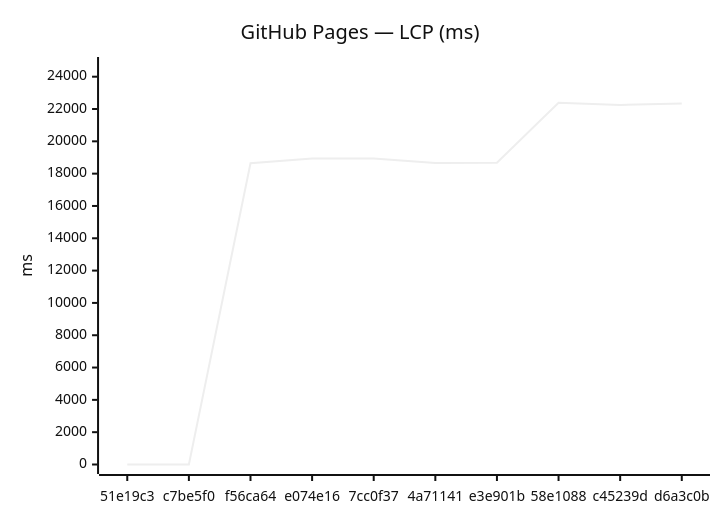
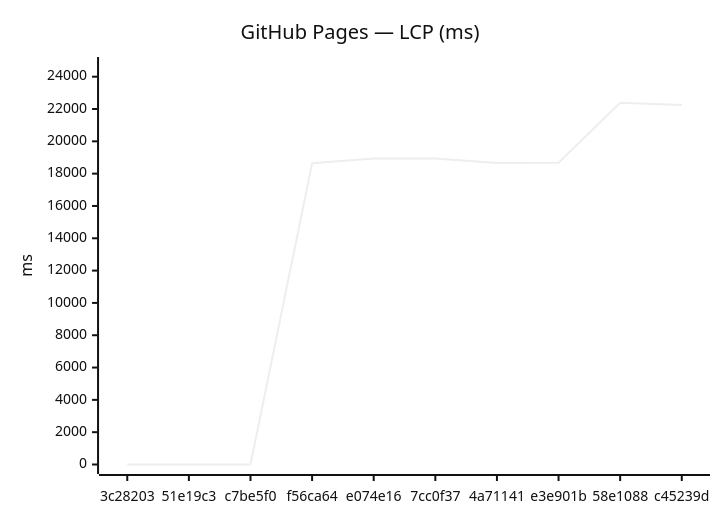
The third of 18 diagrams in benchmarks/compare.md (Metaheurist/Rianell), drawn with Mermaid (neutral theme) before and after one commit. The commit also changed other lines of this file and 11 other files, not shown here.

````diff
--- a/benchmarks/compare.md
+++ b/benchmarks/compare.md
@@ -54,7 +54,7 @@
 ```mermaid
 xychart-beta
     title "GitHub Pages — LCP (ms)"
-    x-axis ["51e19c3", "c7be5f0", "f56ca64", "e074e16", "7cc0f37", "4a71141", "e3e901b", "58e1088", "c45239d", "d6a3c0b"]
+    x-axis ["3c28203", "51e19c3", "c7be5f0", "f56ca64", "e074e16", "7cc0f37", "4a71141", "e3e901b", "58e1088", "c45239d"]
     y-axis "ms" 0 --> 24631
-    line [0, 0, 18641, 18940, 18936, 18660, 18674, 22391, 22250, 22344]
+    line [0, 0, 0, 18641, 18940, 18936, 18660, 18674, 22391, 22250]
 ```
````
